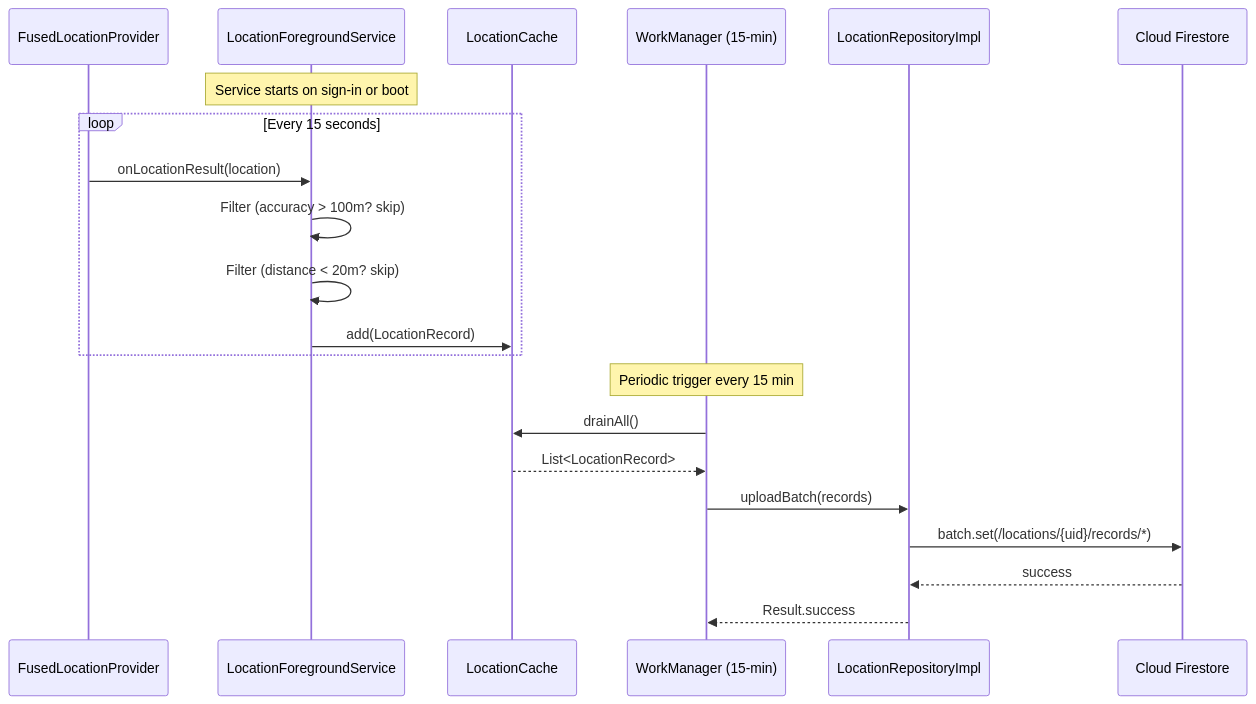
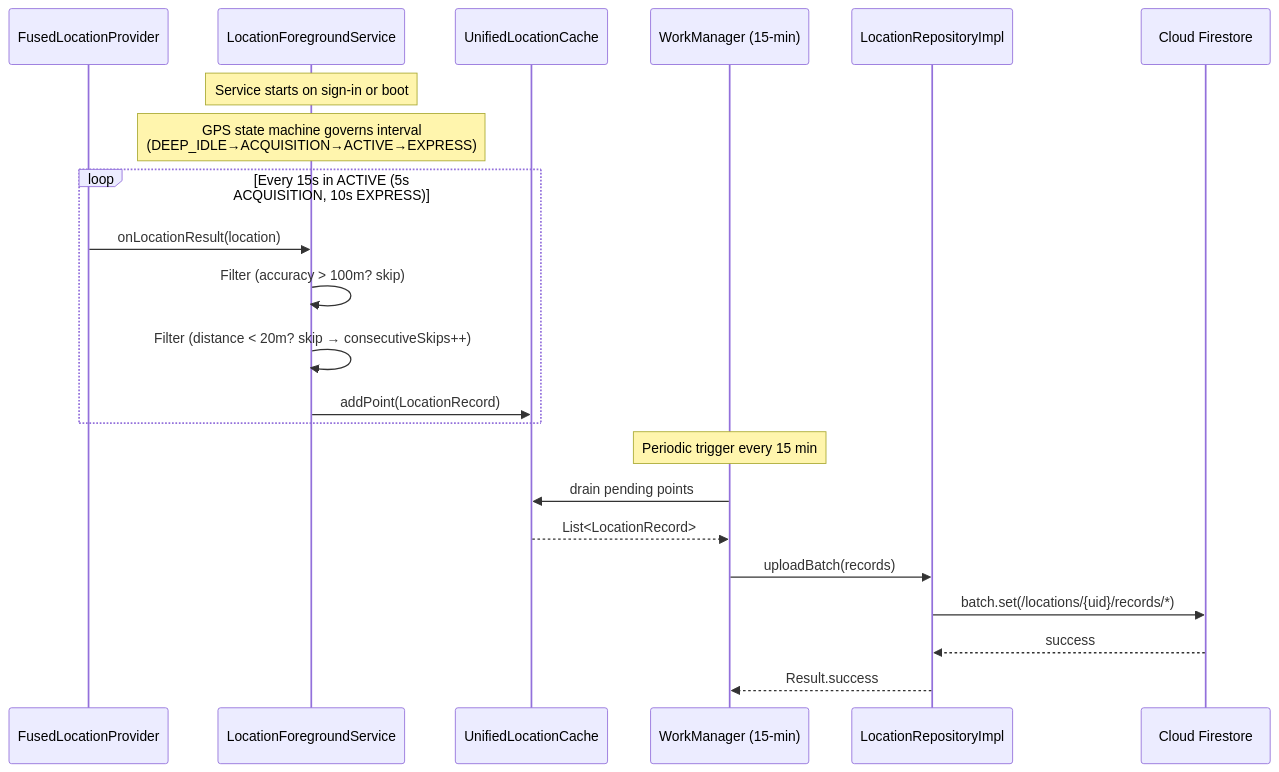
The second of 11 diagrams in BkgTracker/docs/ARCHITECTURE.md (shajoshi/Apps), drawn with Mermaid before and after one commit. The commit also changed other lines of this file and 8 other files, not shown here.

Commit message:
Added Activity transition log, and launch map app from Timeline view

````diff
--- a/BkgTracker/docs/ARCHITECTURE.md
+++ b/BkgTracker/docs/ARCHITECTURE.md
@@ -59,25 +59,26 @@
 ```mermaid
 sequenceDiagram
     participant GPS as FusedLocationProvider
     participant SVC as LocationForegroundService
-    participant Cache as LocationCache
+    participant Cache as UnifiedLocationCache
     participant WM as WorkManager (15-min)
     participant Repo as LocationRepositoryImpl
     participant FS as Cloud Firestore
 
     Note over SVC: Service starts on sign-in or boot
-    loop Every 15 seconds
+    Note over SVC: GPS state machine governs interval<br/>(DEEP_IDLE→ACQUISITION→ACTIVE→EXPRESS)
+    loop Every 15s in ACTIVE (5s ACQUISITION, 10s EXPRESS)
         GPS->>SVC: onLocationResult(location)
         SVC->>SVC: Filter (accuracy > 100m? skip)
-        SVC->>SVC: Filter (distance < 20m? skip)
-        SVC->>Cache: add(LocationRecord)
+        SVC->>SVC: Filter (distance < 20m? skip → consecutiveSkips++)
+        SVC->>Cache: addPoint(LocationRecord)
     end
 
     Note over WM: Periodic trigger every 15 min
-    WM->>Cache: drainAll()
+    WM->>Cache: drain pending points
     Cache-->>WM: List<LocationRecord>
     WM->>Repo: uploadBatch(records)
     Repo->>FS: batch.set(/locations/{uid}/records/*)
     FS-->>Repo: success
     Repo-->>WM: Result.success
 ```
````
